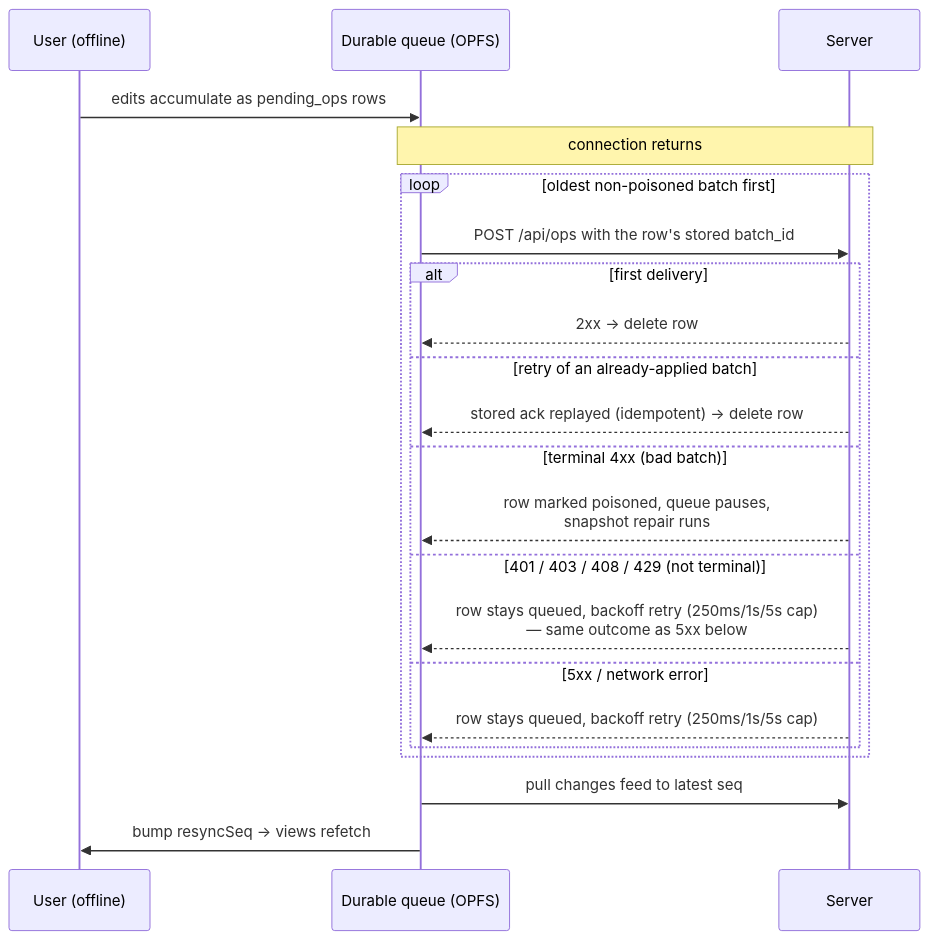
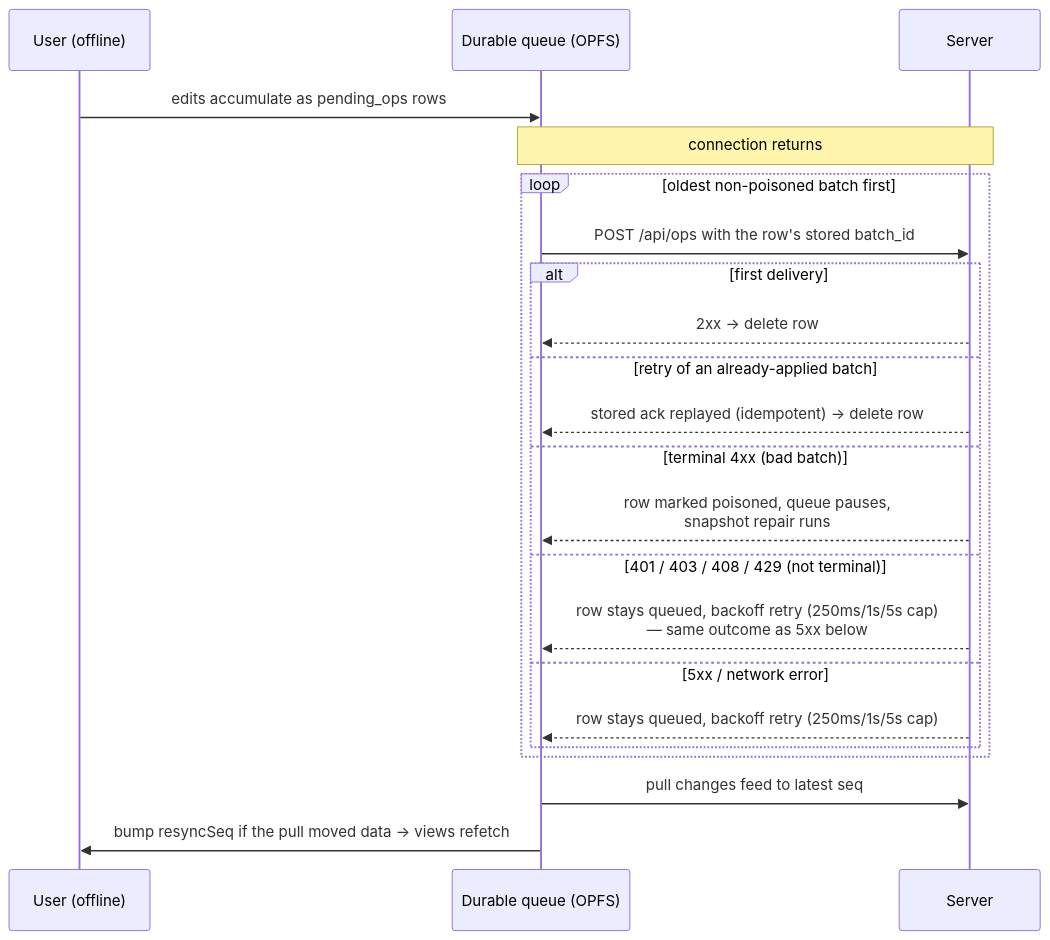
The third of 3 diagrams in docs/architecture/sync-and-offline.md (ArthurClune/pkm-system), drawn with Mermaid before and after one commit. The commit also changed other lines of this file and 7 other files, not shown here.

````diff
--- a/docs/architecture/sync-and-offline.md
+++ b/docs/architecture/sync-and-offline.md
@@ -199,25 +198,25 @@
 ```mermaid
 sequenceDiagram
     participant U as User (offline)
     participant Q as Durable queue (OPFS)
     participant S as Server
 
     U->>Q: edits accumulate as pending_ops rows
     Note over Q,S: connection returns
     loop oldest non-poisoned batch first
         Q->>S: POST /api/ops with the row's stored batch_id
         alt first delivery
             S-->>Q: 2xx → delete row
         else retry of an already-applied batch
             S-->>Q: stored ack replayed (idempotent) → delete row
         else terminal 4xx (bad batch)
             S-->>Q: row marked poisoned, queue pauses,<br/>snapshot repair runs
         else 401 / 403 / 408 / 429 (not terminal)
             S-->>Q: row stays queued, backoff retry (250ms/1s/5s cap)<br/>— same outcome as 5xx below
         else 5xx / network error
             S-->>Q: row stays queued, backoff retry (250ms/1s/5s cap)
         end
     end
     Q->>S: pull changes feed to latest seq
-    Q->>U: bump resyncSeq → views refetch
+    Q->>U: bump resyncSeq if the pull moved data → views refetch
 ```
````
